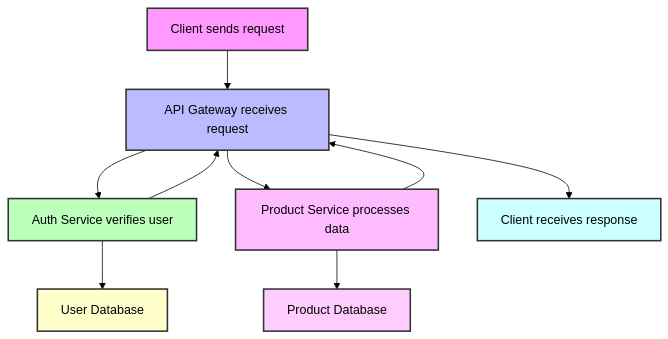
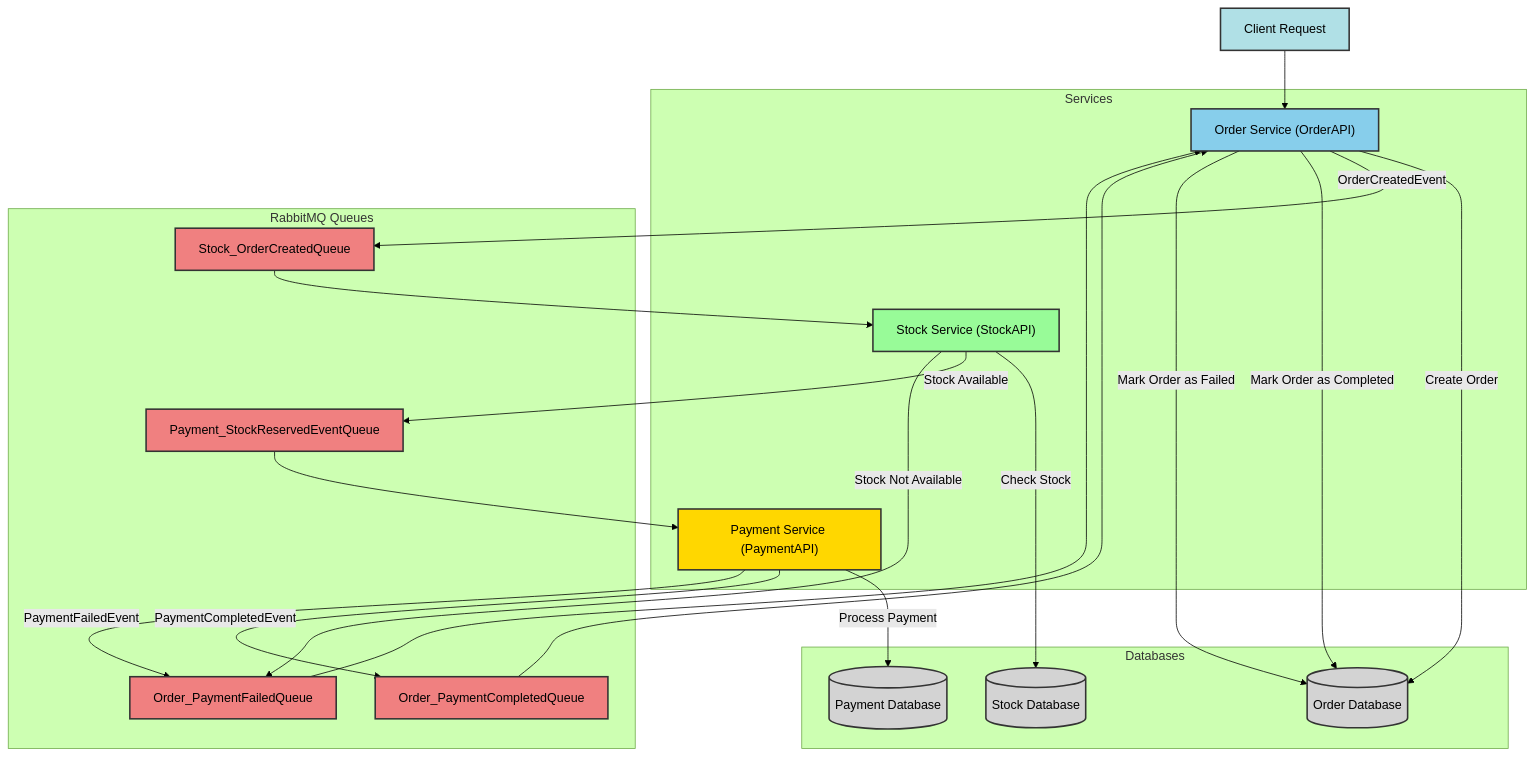
One commit to devlightening/MicroCommerce changed the diagram in README.md. Above: the diagram before and after it, drawn with Mermaid (forest theme).

````diff
--- a/README.md
+++ b/README.md
@@ -11,27 +11,61 @@
 ```mermaid
 graph TD
-    ClientRequest[Client sends request]
-    APIGateway[API Gateway receives request]
-    AuthService[Auth Service verifies user]
-    UserDB[User Database]
-    ProductService[Product Service processes data]
-    ProductDB[Product Database]
-    Response[Client receives response]
+    %% Services
+    subgraph Services
+        OrderService["Order Service (OrderAPI)"]
+        StockService["Stock Service (StockAPI)"]
+        PaymentService["Payment Service (PaymentAPI)"]
+    end
 
-    ClientRequest --> APIGateway
-    APIGateway --> AuthService
-    AuthService --> UserDB
-    AuthService --> APIGateway
-    APIGateway --> ProductService
-    ProductService --> ProductDB
-    ProductService --> APIGateway
-    APIGateway --> Response
+    %% Databases
+    subgraph Databases
+        OrderDB[(Order Database)]
+        StockDB[(Stock Database)]
+        PaymentDB[(Payment Database)]
+    end
 
-    style ClientRequest fill:#f9f,stroke:#333,stroke-width:2px
-    style APIGateway fill:#bbf,stroke:#333,stroke-width:2px
-    style AuthService fill:#bfb,stroke:#333,stroke-width:2px
-    style UserDB fill:#ffc,stroke:#333,stroke-width:2px
-    style ProductService fill:#fbf,stroke:#333,stroke-width:2px
-    style ProductDB fill:#fcf,stroke:#333,stroke-width:2px
-    style Response fill:#cff,stroke:#333,stroke-width:2px
+    %% RabbitMQ Queues
+    subgraph RabbitMQ Queues
+        Queue1["Stock_OrderCreatedQueue"]
+        Queue2["Payment_StockReservedEventQueue"]
+        Queue3["Order_PaymentCompletedQueue"]
+        Queue4["Order_PaymentFailedQueue"]
+    end
+
+    %% Order Creation Flow
+    Client["Client Request"] --> OrderService
+    OrderService -- "Create Order" --> OrderDB
+    OrderService -- "OrderCreatedEvent" --> Queue1
+
+    %% Stock Check Flow
+    Queue1 --> StockService
+    StockService -- "Check Stock" --> StockDB
+    StockService -- "Stock Available" --> Queue2
+    StockService -- "Stock Not Available" --> Queue4
+
+    %% Payment Flow
+    Queue2 --> PaymentService
+    PaymentService -- "Process Payment" --> PaymentDB
+    PaymentService -- "PaymentCompletedEvent" --> Queue3
+    PaymentService -- "PaymentFailedEvent" --> Queue4
+
+    %% Order Status Update Flow
+    Queue3 --> OrderService
+    OrderService -- "Mark Order as Completed" --> OrderDB
+
+    Queue4 --> OrderService
+    OrderService -- "Mark Order as Failed" --> OrderDB
+
+    %% Styling
+    style Client fill:#B0E0E6,stroke:#333,stroke-width:2px
+    style OrderService fill:#87CEEB,stroke:#333,stroke-width:2px
+    style StockService fill:#98FB98,stroke:#333,stroke-width:2px
+    style PaymentService fill:#FFD700,stroke:#333,stroke-width:2px
+    style OrderDB fill:#D3D3D3,stroke:#333,stroke-width:2px
+    style StockDB fill:#D3D3D3,stroke:#333,stroke-width:2px
+    style PaymentDB fill:#D3D3D3,stroke:#333,stroke-width:2px
+    style Queue1 fill:#F08080,stroke:#333,stroke-width:2px
+    style Queue2 fill:#F08080,stroke:#333,stroke-width:2px
+    style Queue3 fill:#F08080,stroke:#333,stroke-width:2px
+    style Queue4 fill:#F08080,stroke:#333,stroke-width:2px
 ```
````
